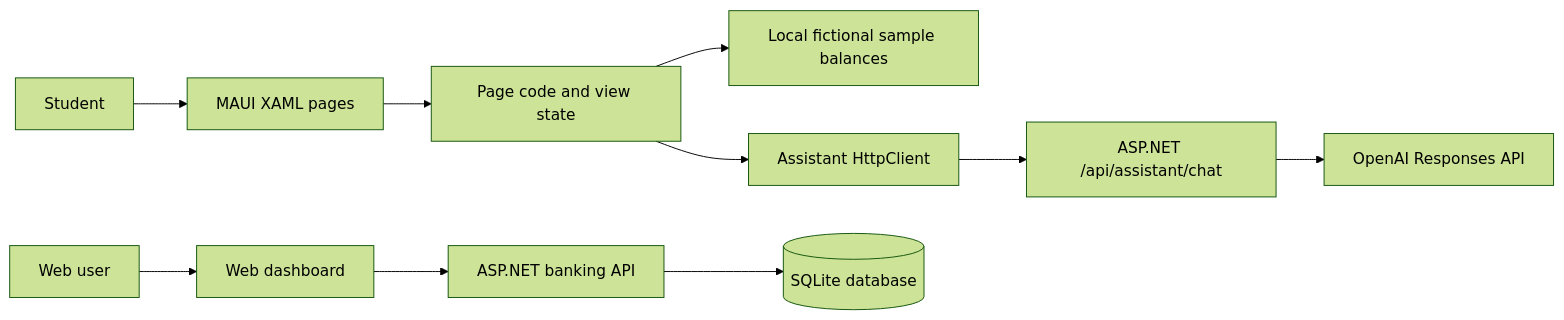
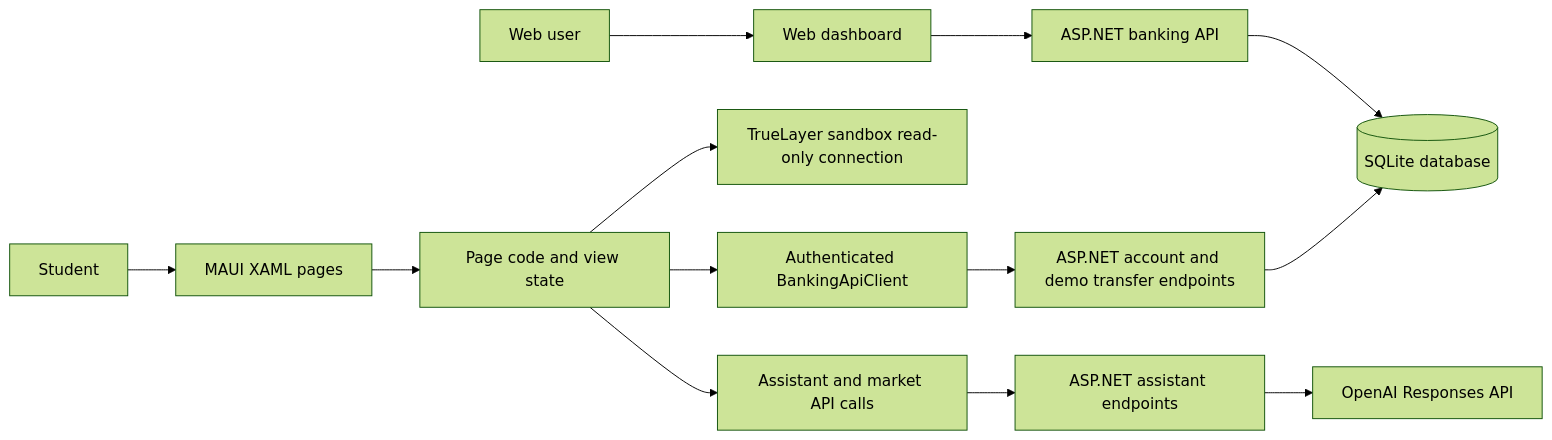
Before and after one commit to Bishant321/StudentBank: the diagram in docs/WEEK_6_PROPOSAL_CRITIQUE_PITCH.md, drawn with Mermaid (forest theme). The commit also changed other lines of this file and 2 other files, not shown here.

Commit message:
Map Week 5 database material to StudentBank

````diff
--- a/docs/WEEK_6_PROPOSAL_CRITIQUE_PITCH.md
+++ b/docs/WEEK_6_PROPOSAL_CRITIQUE_PITCH.md
@@ -44,12 +44,15 @@
 ```mermaid
 flowchart LR
     User[Student] --> UI[MAUI XAML pages]
     UI --> State[Page code and view state]
-    State --> Sample[Local fictional sample balances]
-    State --> AssistantClient[Assistant HttpClient]
-    AssistantClient --> Endpoint[ASP.NET /api/assistant/chat]
-    Endpoint --> Model[OpenAI Responses API]
+    State --> BankingClient[Authenticated BankingApiClient]
+    BankingClient --> Endpoint[ASP.NET account and demo transfer endpoints]
+    Endpoint --> SQLite[(SQLite demo ledger)]
+    State --> BankLink[TrueLayer sandbox read-only connection]
+    State --> AssistantClient[Assistant and market API calls]
+    AssistantClient --> EndpointAI[ASP.NET assistant endpoints]
+    EndpointAI --> Model[OpenAI Responses API]
     WebUser[Web user] --> WebUI[Web dashboard]
     WebUI --> WebAPI[ASP.NET banking API]
     WebAPI --> SQLite[(SQLite database)]
 ```
````
